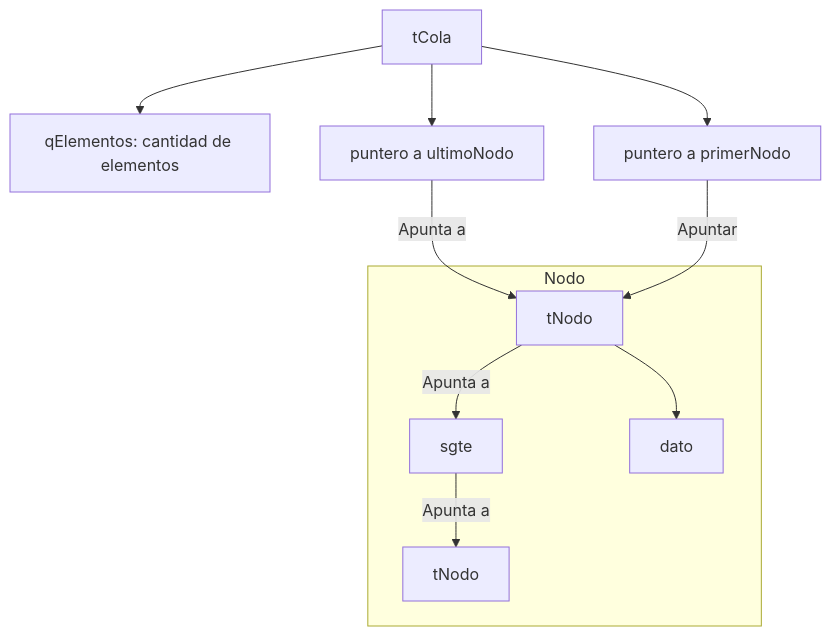
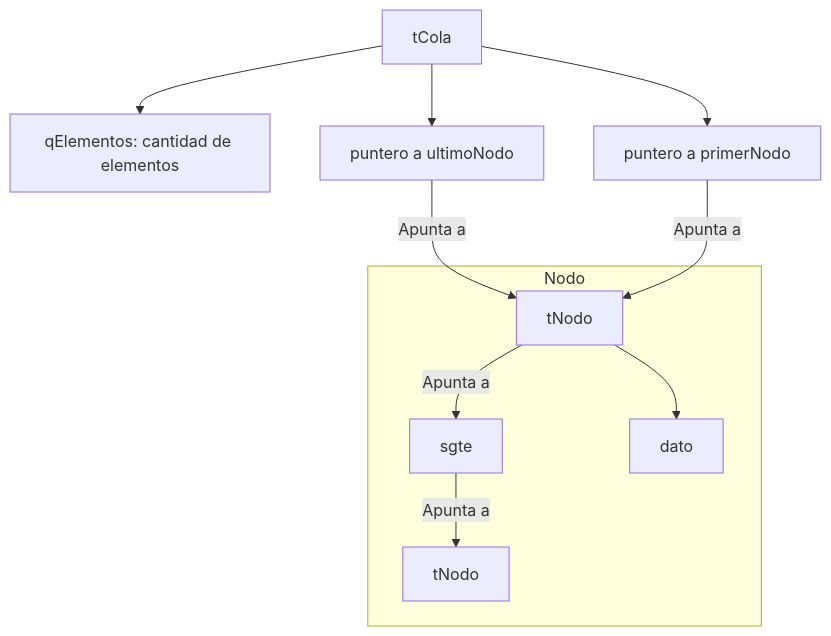
One commit to mletelle/ape_tad changed the second of 11 diagrams in README.md. Above: the diagram before and after it, drawn with Mermaid. The commit also changed other lines of this file, not shown here.

````diff
--- a/README.md
+++ b/README.md
@@ -41,17 +41,17 @@
 ```mermaid
 flowchart  TD
 
 subgraph  Nodo["Nodo"]
 E["sgte"]
 C["tNodo"]
 n2["dato"]
 n3["tNodo"]
 end
 
 A["tCola"]  -->  B["qElementos: cantidad de elementos"]  &  D["puntero a ultimoNodo"]  &  n1["puntero a primerNodo"]
 C  -- Apunta a -->  E
 D  -- Apunta a -->  C
-n1  -- Apuntar -->  C
+n1  -- Apunta a -->  C
 C  -->  n2
 E  -- Apunta a -->  n3
 ```
````
